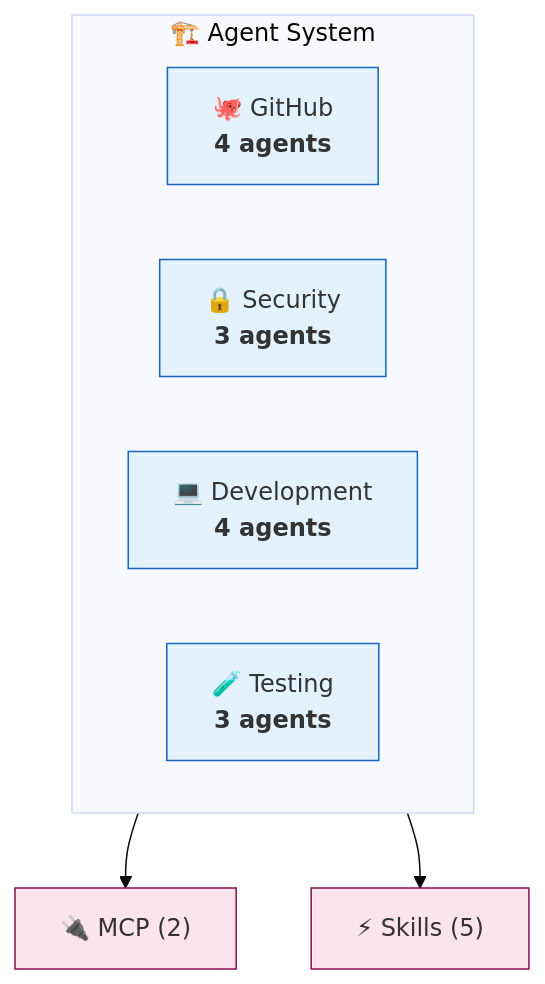
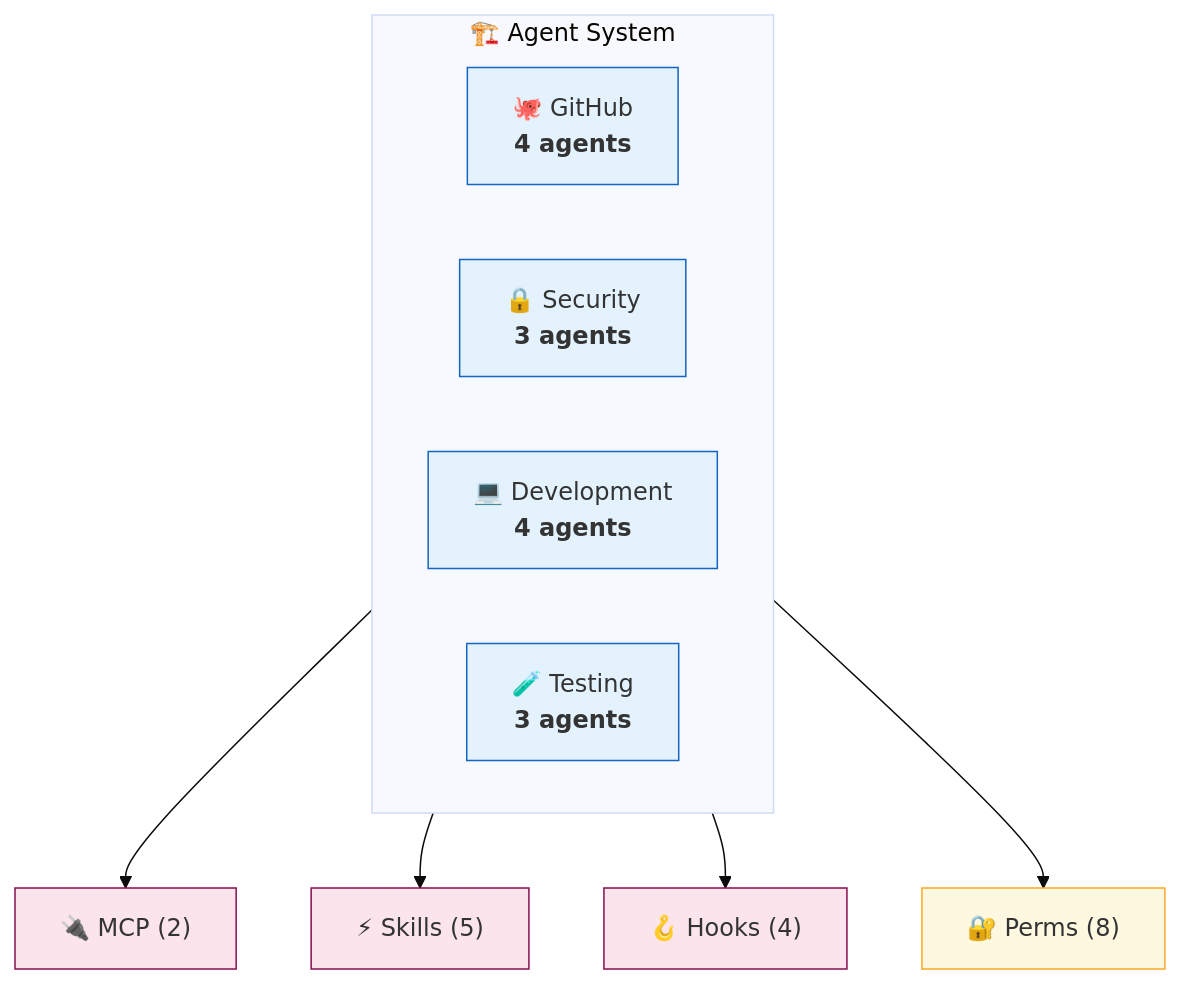
The first of 2 diagrams in examples/README-example.md (vipasane/agentscope), drawn with Mermaid (base theme) before and after one commit. The commit also changed other lines of this file and 2 other files, not shown here.

First line of the commit message:
feat(model): add schema reference and enhanced entity types

````diff
--- a/examples/README-example.md
+++ b/examples/README-example.md
@@ -17,20 +23,26 @@
 ```mermaid
 graph TB
     subgraph System["🏗️ Agent System"]
         github["🐙 GitHub<br/><b>4 agents</b>"]
         security["🔒 Security<br/><b>3 agents</b>"]
         dev["💻 Development<br/><b>4 agents</b>"]
         testing["🧪 Testing<br/><b>3 agents</b>"]
     end
 
     mcp["🔌 MCP (2)"]
     skills["⚡ Skills (5)"]
+    hooks["🪝 Hooks (4)"]
+    perms["🔐 Perms (8)"]
 
     System --> mcp
     System --> skills
+    System --> hooks
+    System --> perms
 
     classDef category fill:#e3f2fd,stroke:#1565c0
     classDef external fill:#fce4ec,stroke:#880e4f
+    classDef security fill:#fff8e1,stroke:#f9a825
     class github,security,dev,testing category
-    class mcp,skills external
+    class mcp,skills,hooks external
+    class perms security
 ```
````
